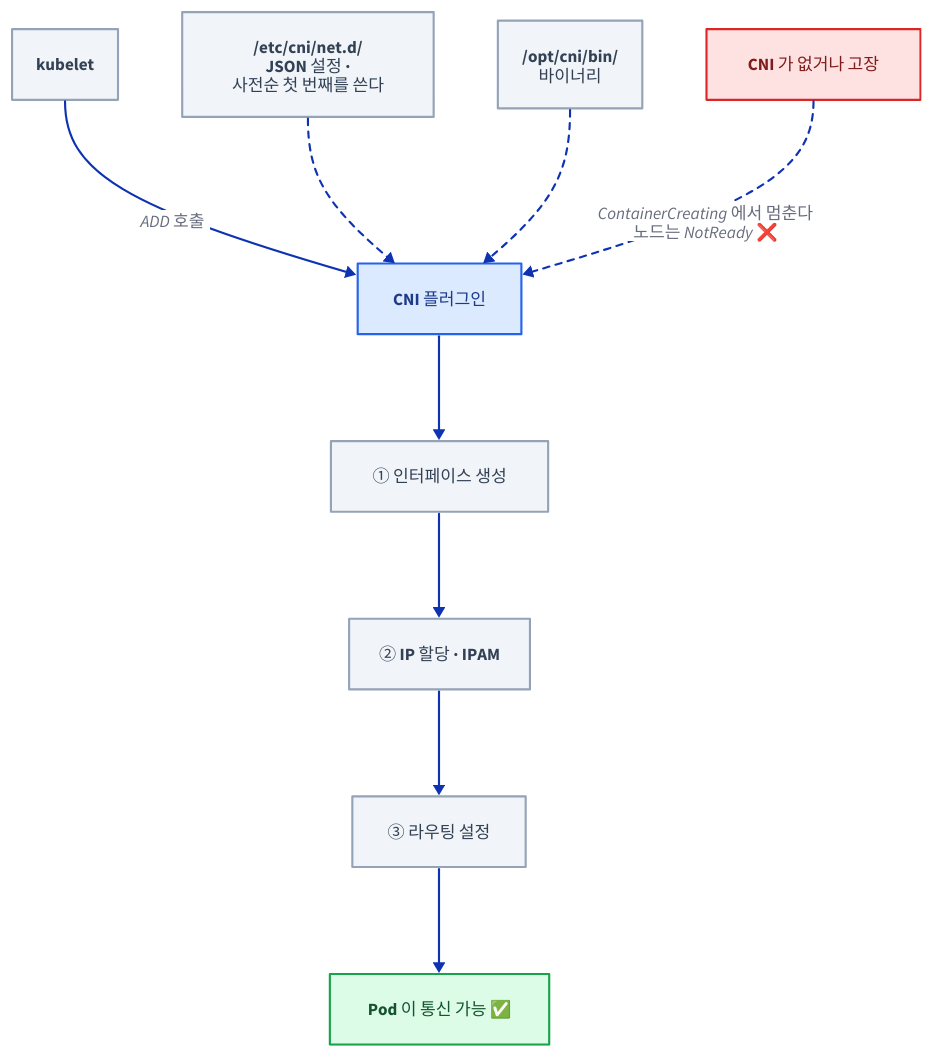
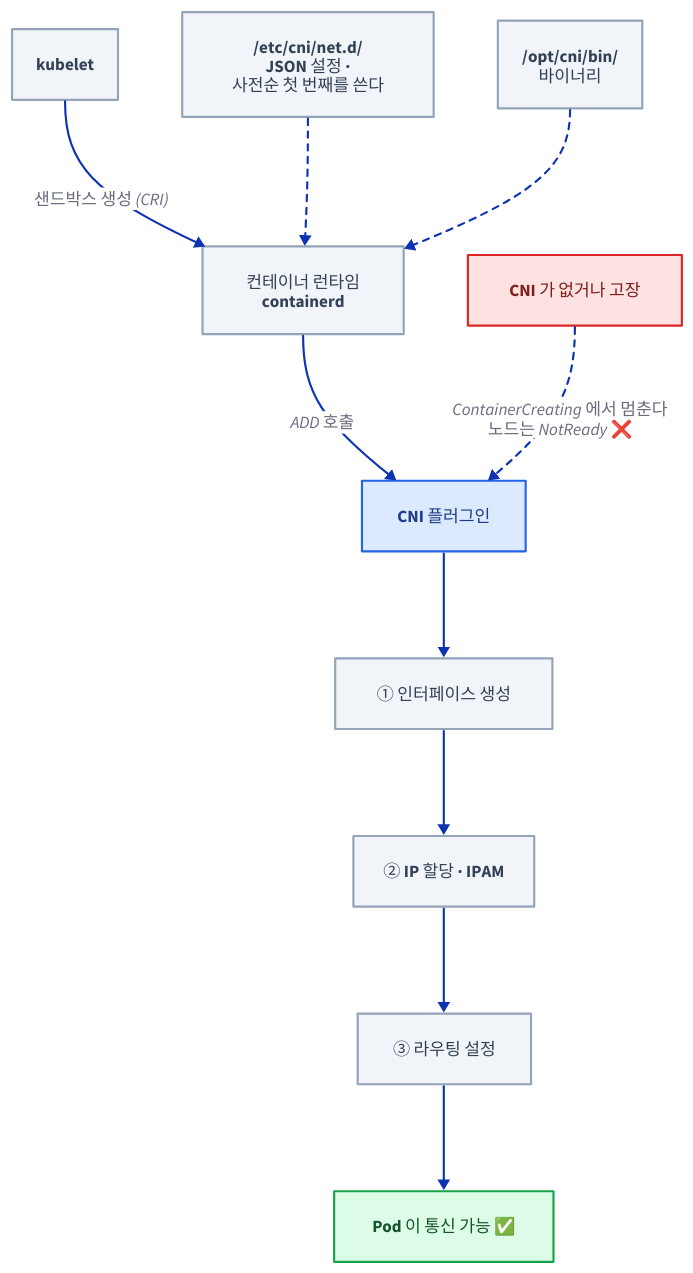
Before and after one commit to mechurak/study-starlight: the second of 7 diagrams in src/content/docs/cka/17-extensions.mdx, drawn with D2. The commit also changed other lines of this file and 3 other files, not shown here.

````diff
--- a/src/content/docs/cka/17-extensions.mdx
+++ b/src/content/docs/cka/17-extensions.mdx
@@ -100,29 +115,31 @@
-```d2 layout=elk pad=40 title="kubelet 의 ADD 호출로 시작해 인터페이스 생성 · IP 할당 · 라우팅 3단계를 거쳐 Pod 통신이 가능해지는 CNI 흐름과, CNI 가 고장나면 ContainerCreating 에서 멈추는 실패 경로"
+```d2 layout=elk pad=40 title="kubelet 의 샌드박스 생성 요청을 받은 컨테이너 런타임이 CNI 플러그인을 ADD 호출해 인터페이스 생성 · IP 할당 · 라우팅 3단계를 거치는 흐름과, CNI 가 고장나면 ContainerCreating 에서 멈추는 실패 경로"
 direction: down
 
 classes: {
   key: { style: { fill: "#dbeafe"; stroke: "#2563eb"; font-color: "#1e3a8a" } }
   ok: { style: { fill: "#dcfce7"; stroke: "#16a34a"; font-color: "#14532d" } }
   bad: { style: { fill: "#fee2e2"; stroke: "#dc2626"; font-color: "#7f1d1d" } }
   mute: { style: { fill: "#f1f5f9"; stroke: "#94a3b8"; font-color: "#334155" } }
 }
 
 kl: kubelet { class: mute }
+rt: 컨테이너 런타임\ncontainerd { class: mute }
 cni: CNI 플러그인 { class: key }
 conf: /etc/cni/net.d/\nJSON 설정 ·\n사전순 첫 번째를 쓴다 { class: mute }
 bin: /opt/cni/bin/\n바이너리 { class: mute }
 s1: ① 인터페이스 생성 { class: mute }
 s2: ② IP 할당 · IPAM { class: mute }
 s3: ③ 라우팅 설정 { class: mute }
 ok: Pod 이 통신 가능 ✅ { class: ok }
 fail: CNI 가 없거나 고장 { class: bad }
 
-kl -> cni: ADD 호출
-conf -> cni: { style.stroke-dash: 3 }
-bin -> cni: { style.stroke-dash: 3 }
+kl -> rt: 샌드박스 생성 (CRI)
+rt -> cni: ADD 호출
+conf -> rt: { style.stroke-dash: 3 }
+bin -> rt: { style.stroke-dash: 3 }
 cni -> s1
 s1 -> s2
 s2 -> s3
 s3 -> ok
 fail -> cni: ContainerCreating 에서 멈춘다\n노드는 NotReady ❌ { style.stroke-dash: 3 }
 ```
````
